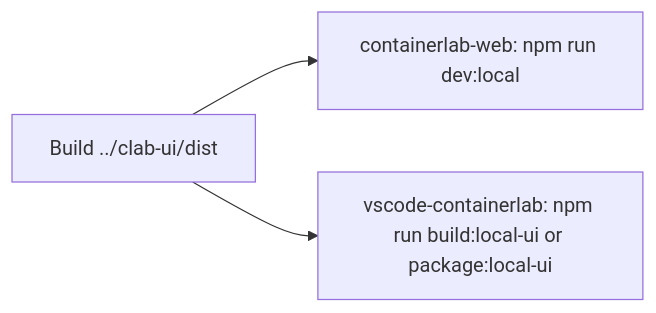
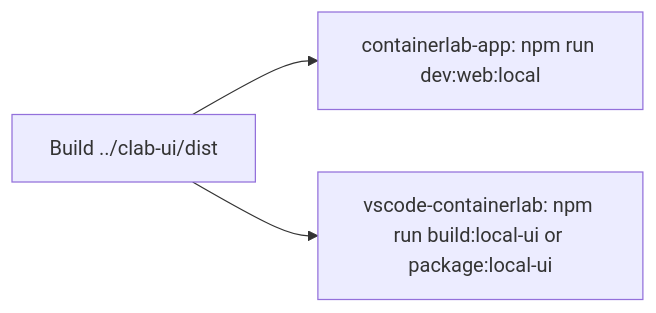
Before and after one commit to Muddyblack/clab-ui: the third of 3 diagrams in docs/02-end-to-end-flows.md, drawn with Mermaid. The commit also changed other lines of this file and 15 other files, not shown here.

````diff
--- a/docs/02-end-to-end-flows.md
+++ b/docs/02-end-to-end-flows.md
@@ -56,9 +56,9 @@
 ```mermaid
 flowchart LR
     Build["Build ../clab-ui/dist"]
-    WebLocal["containerlab-web: npm run dev:local"]
+    WebLocal["containerlab-app: npm run dev:web:local"]
     VscLocal["vscode-containerlab: npm run build:local-ui or package:local-ui"]
 
     Build --> WebLocal
     Build --> VscLocal
 ```
````
